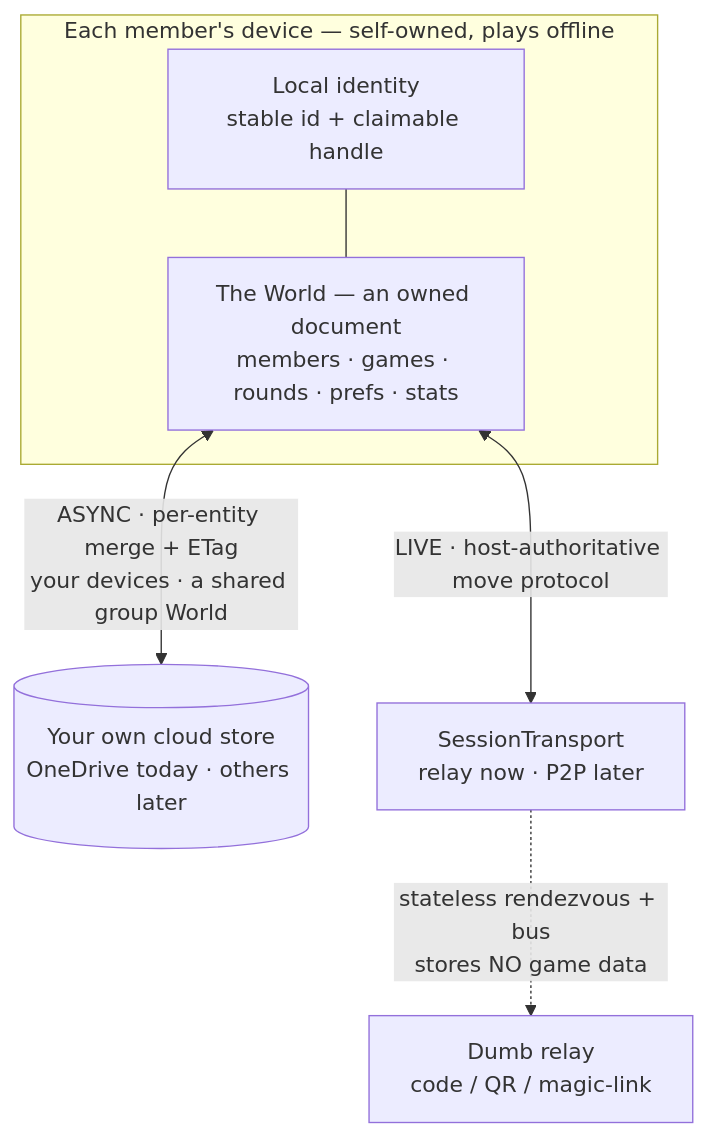
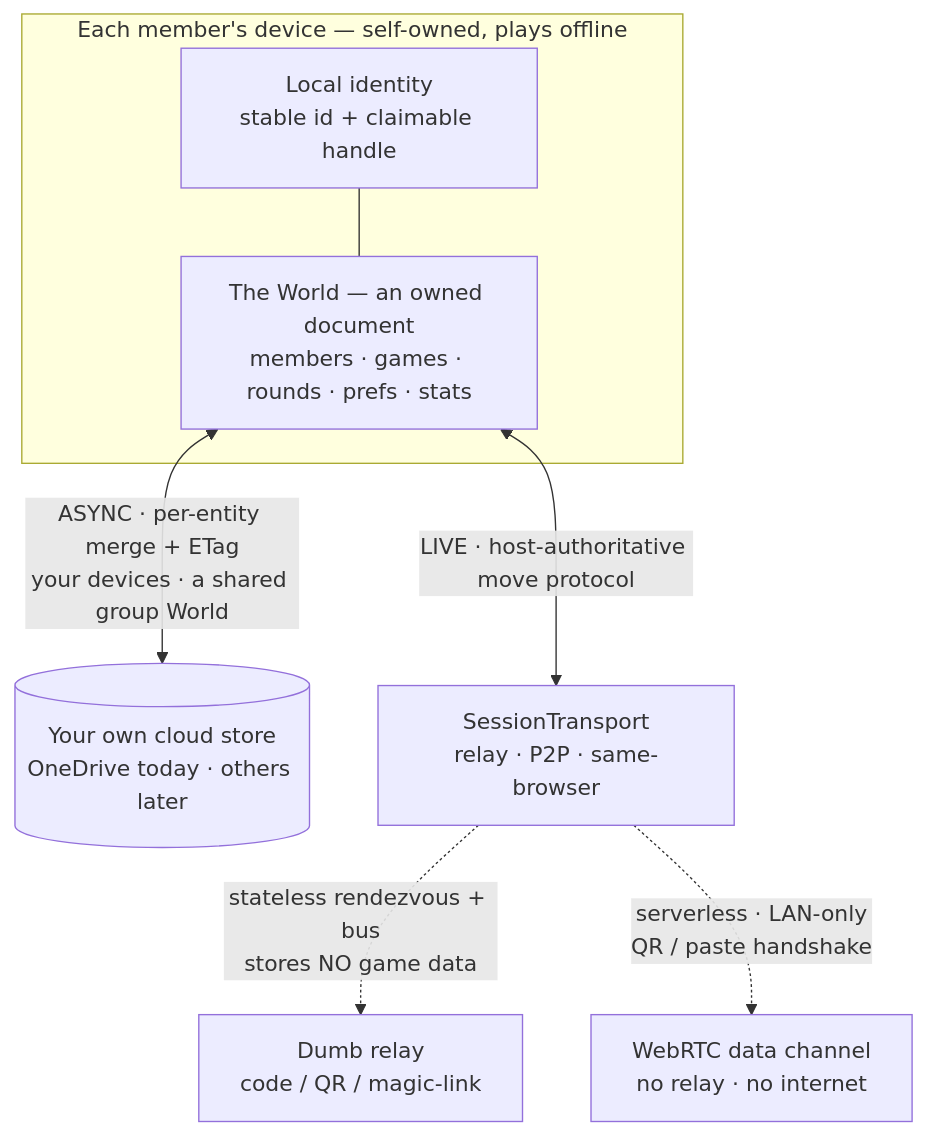
One commit to jrmoulckers/score-king changed the diagram in ARCHITECTURE.md. Above: the diagram before and after it, drawn with Mermaid. The commit also changed other lines of this file and 16 other files, not shown here.

````diff
--- a/ARCHITECTURE.md
+++ b/ARCHITECTURE.md
@@ -18,11 +18,12 @@
 ```mermaid
 flowchart TB
   subgraph Device["Each member's device — self-owned, plays offline"]
     M["Local identity<br/>stable id + claimable handle"]
     W["The World — an owned document<br/>members · games · rounds · prefs · stats"]
     M --- W
   end
   W <-->|"ASYNC · per-entity merge + ETag<br/>your devices · a shared group World"| Store[("Your own cloud store<br/>OneDrive today · others later")]
-  W <-->|"LIVE · host-authoritative move protocol"| T["SessionTransport<br/>relay now · P2P later"]
+  W <-->|"LIVE · host-authoritative move protocol"| T["SessionTransport<br/>relay · P2P · same-browser"]
   T -.->|"stateless rendezvous + bus<br/>stores NO game data"| Relay["Dumb relay<br/>code / QR / magic-link"]
+  T -.->|"serverless · LAN-only<br/>QR / paste handshake"| P2P["WebRTC data channel<br/>no relay · no internet"]
 ```
````
